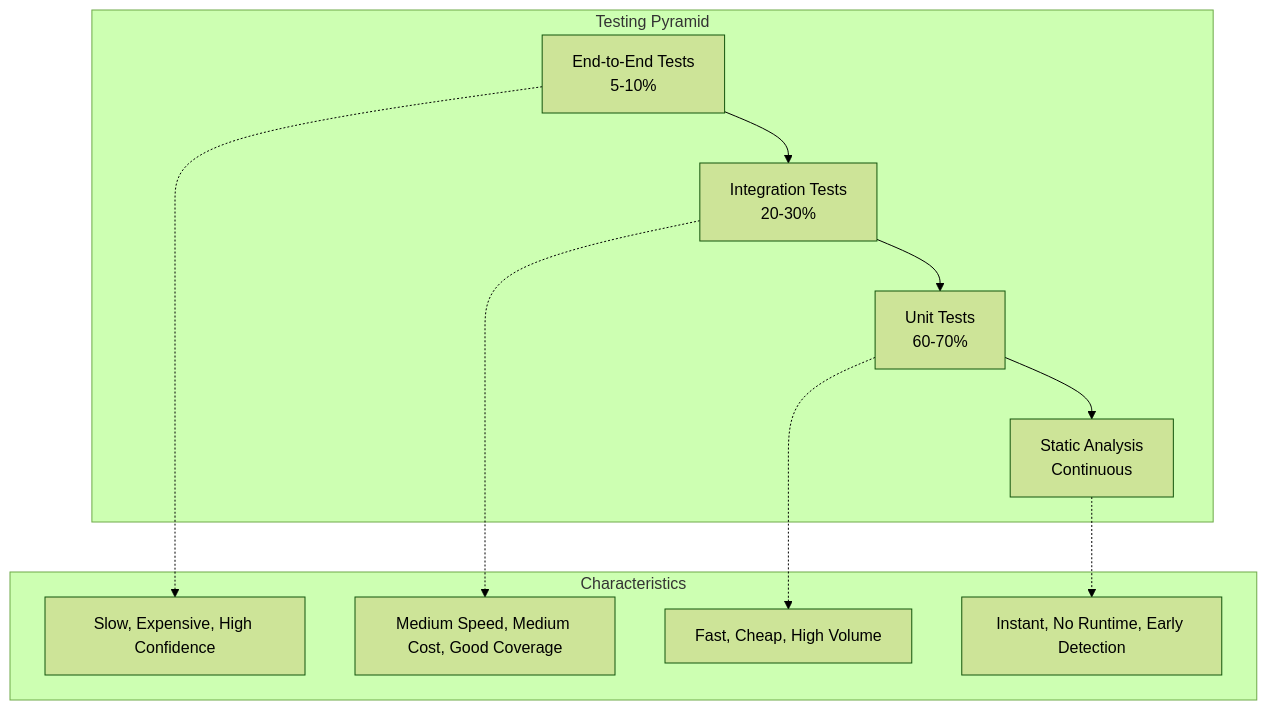
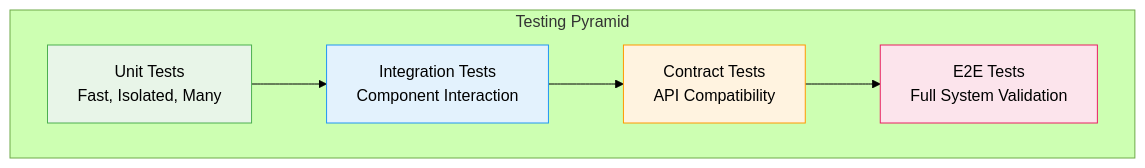
One commit to flamingo-stack/openframe-oss-lib changed the diagram in docs/development/testing/README.md. Above: the diagram before and after it, drawn with Mermaid (forest theme). The commit also changed other lines of this file and 10 other files, not shown here.

````diff
--- a/docs/development/testing/README.md
+++ b/docs/development/testing/README.md
@@ -11,25 +9,23 @@
 ```mermaid
-graph TD
+flowchart TD
     subgraph "Testing Pyramid"
-        E2E[End-to-End Tests<br/>5-10%]
-        Integration[Integration Tests<br/>20-30%]
-        Unit[Unit Tests<br/>60-70%]
-        Static[Static Analysis<br/>Continuous]
+        UnitTests["Unit Tests<br/>Fast, Isolated, Many"]
+        IntegrationTests["Integration Tests<br/>Component Interaction"]
+        ContractTests["Contract Tests<br/>API Compatibility"]
+        EndToEndTests["E2E Tests<br/>Full System Validation"]
     end
     
-    E2E --> Integration
-    Integration --> Unit
-    Unit --> Static
+    UnitTests --> IntegrationTests
+    IntegrationTests --> ContractTests
+    ContractTests --> EndToEndTests
     
-    subgraph "Characteristics"
-        E2E_Char[Slow, Expensive, High Confidence]
-        Int_Char[Medium Speed, Medium Cost, Good Coverage]
-        Unit_Char[Fast, Cheap, High Volume]
-        Static_Char[Instant, No Runtime, Early Detection]
-    end
+    classDef unit fill:#e8f5e8,stroke:#4caf50
+    classDef integration fill:#e3f2fd,stroke:#2196f3
+    classDef contract fill:#fff3e0,stroke:#ff9800
+    classDef e2e fill:#fce4ec,stroke:#e91e63
     
-    E2E -.-> E2E_Char
-    Integration -.-> Int_Char
-    Unit -.-> Unit_Char
-    Static -.-> Static_Char
+    class UnitTests unit
+    class IntegrationTests integration
+    class ContractTests contract
+    class EndToEndTests e2e
 ```
````
